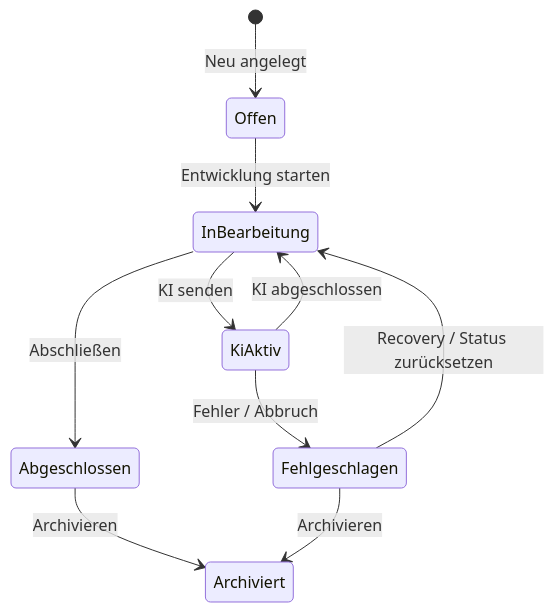
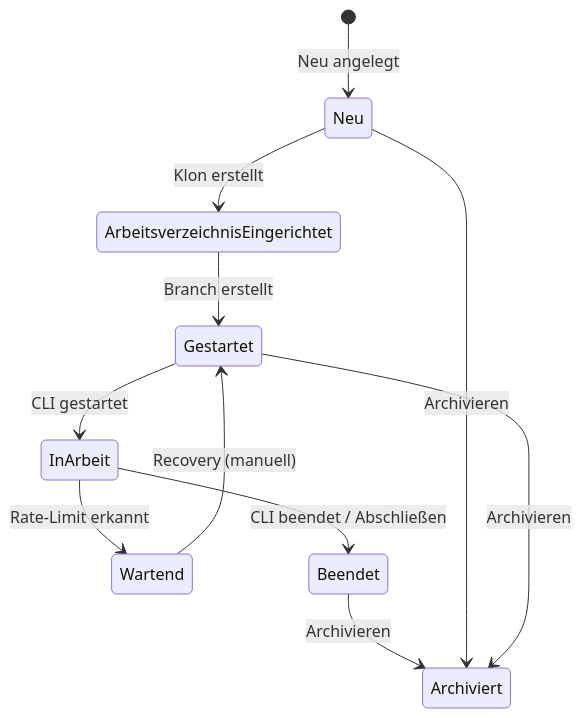
The first of 2 diagrams in docs/help/aufgaben/datenmodell.md (martin-stromberg/Softwareschmiede), drawn with Mermaid before and after one commit. The commit also changed 132 other files, not shown here.

````diff
--- a/docs/help/aufgaben/datenmodell.md
+++ b/docs/help/aufgaben/datenmodell.md
@@ -51,12 +51,13 @@
 ```mermaid
 stateDiagram-v2
-    [*] --> Offen : Neu angelegt
-    Offen --> InBearbeitung : Entwicklung starten
-    InBearbeitung --> KiAktiv : KI senden
-    KiAktiv --> InBearbeitung : KI abgeschlossen
-    KiAktiv --> Fehlgeschlagen : Fehler / Abbruch
-    InBearbeitung --> Abgeschlossen : Abschließen
-    Fehlgeschlagen --> InBearbeitung : Recovery / Status zurücksetzen
-    Abgeschlossen --> Archiviert : Archivieren
-    Fehlgeschlagen --> Archiviert : Archivieren
+    [*] --> Neu : Neu angelegt
+    Neu --> ArbeitsverzeichnisEingerichtet : Klon erstellt
+    ArbeitsverzeichnisEingerichtet --> Gestartet : Branch erstellt
+    Gestartet --> InArbeit : CLI gestartet
+    InArbeit --> Wartend : Rate-Limit erkannt
+    InArbeit --> Beendet : CLI beendet / Abschließen
+    Wartend --> Gestartet : Recovery (manuell)
+    Beendet --> Archiviert : Archivieren
+    Neu --> Archiviert : Archivieren
+    Gestartet --> Archiviert : Archivieren
 ```
````
